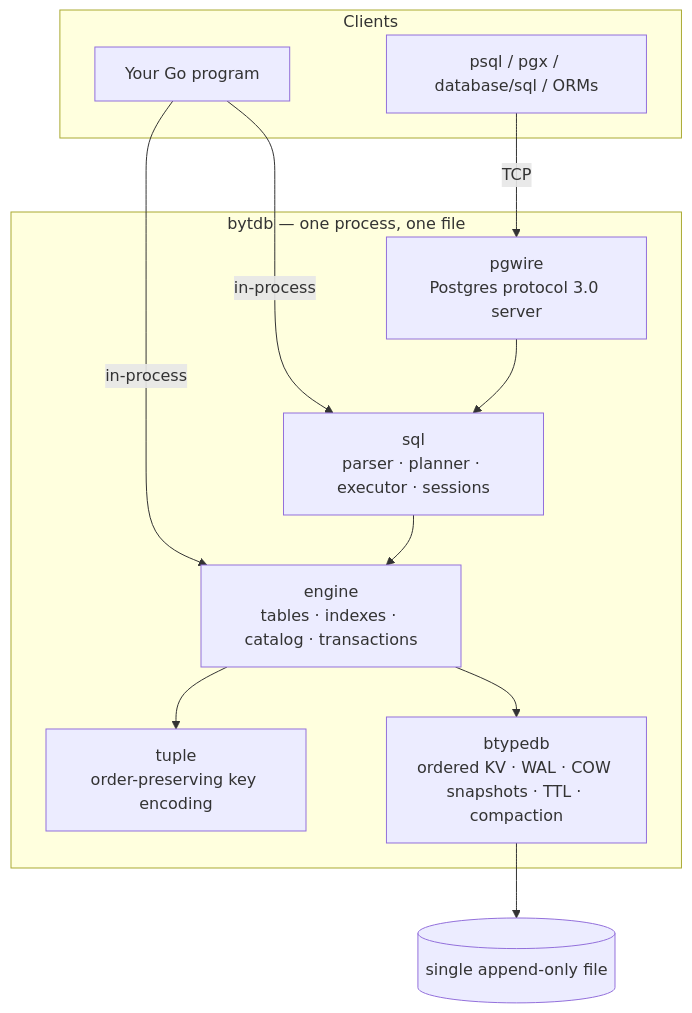
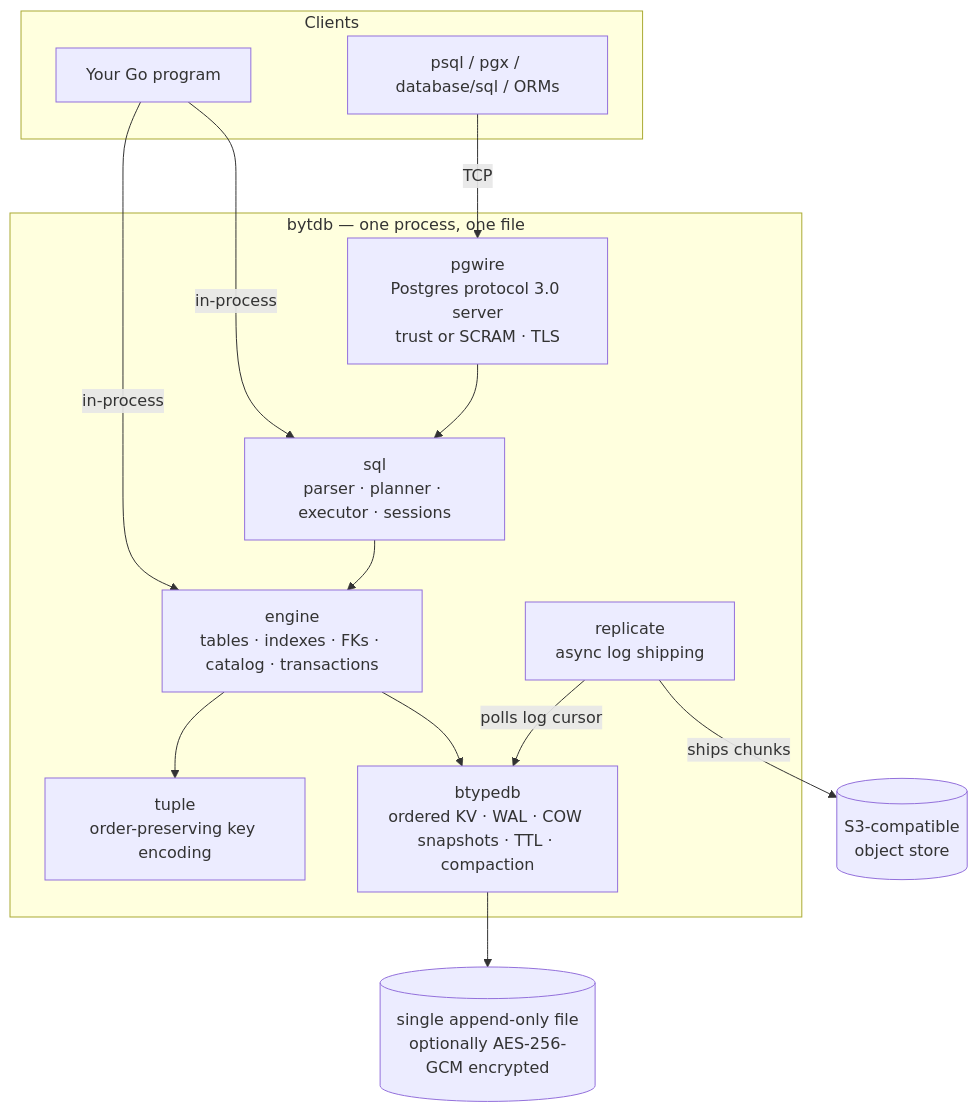
Before and after one commit to rohanthewiz/bytdb: the diagram in docs/index.md, drawn with Mermaid. The commit also changed other lines of this file and 8 other files, not shown here.

First line of the commit message:
Docs refresh: mkdocs pages current with v0.6.4, 22 validated mermaid diagrams

````diff
--- a/docs/index.md
+++ b/docs/index.md
@@ -12,24 +13,28 @@
 ```mermaid
 flowchart TD
     subgraph clients [Clients]
         psql[psql / pgx / database/sql / ORMs]
         goapp[Your Go program]
     end
     subgraph bytdb [bytdb — one process, one file]
-        pgw[pgwire<br/>Postgres protocol 3.0 server]
+        pgw[pgwire<br/>Postgres protocol 3.0 server<br/>trust or SCRAM · TLS]
         sqll[sql<br/>parser · planner · executor · sessions]
-        eng[engine<br/>tables · indexes · catalog · transactions]
+        eng[engine<br/>tables · indexes · FKs · catalog · transactions]
         tup[tuple<br/>order-preserving key encoding]
         kv[btypedb<br/>ordered KV · WAL · COW snapshots · TTL · compaction]
+        rep[replicate<br/>async log shipping]
     end
-    file[(single append-only file)]
+    file[(single append-only file<br/>optionally AES-256-GCM encrypted)]
+    s3[(S3-compatible<br/>object store)]
 
     psql -->|TCP| pgw
     goapp -->|in-process| sqll
     goapp -->|in-process| eng
     pgw --> sqll
     sqll --> eng
     eng --> tup
     eng --> kv
     kv --> file
+    rep -->|polls log cursor| kv
+    rep -->|ships chunks| s3
 ```
````
